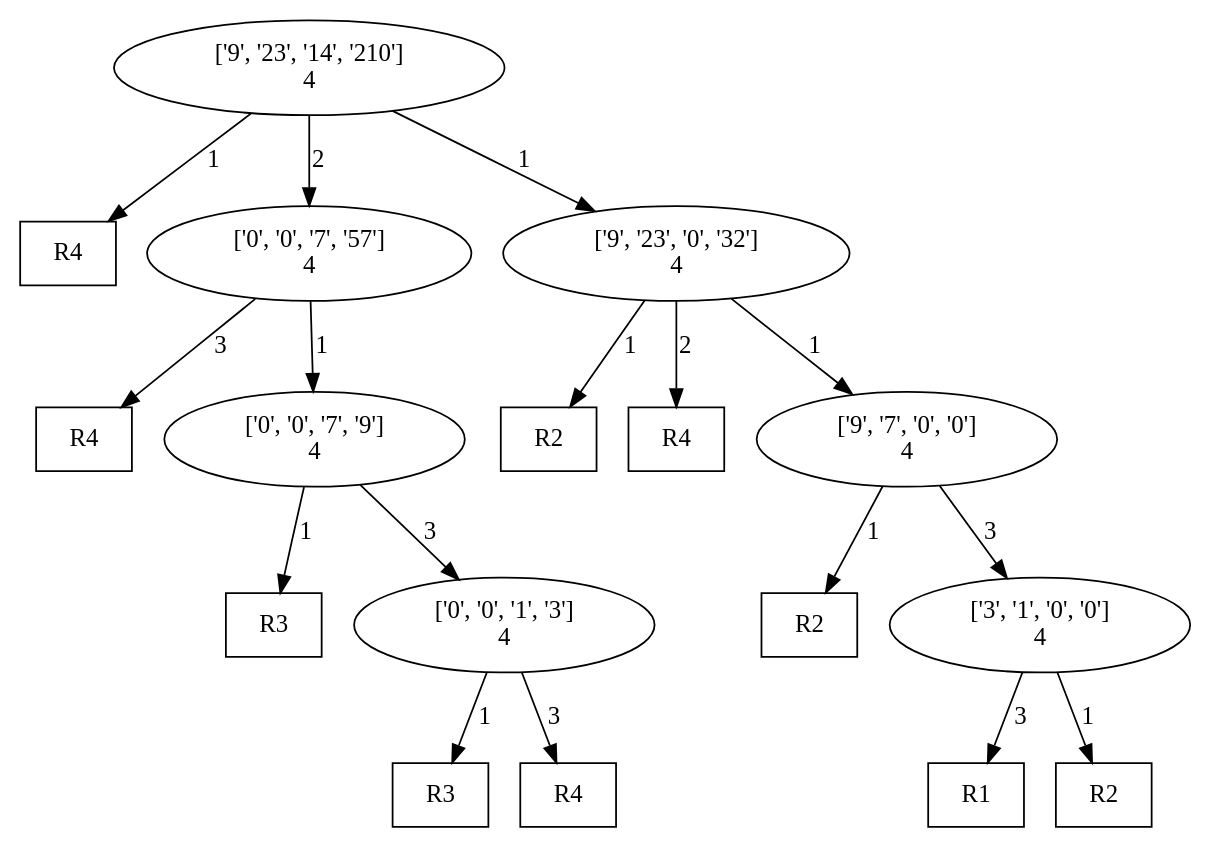
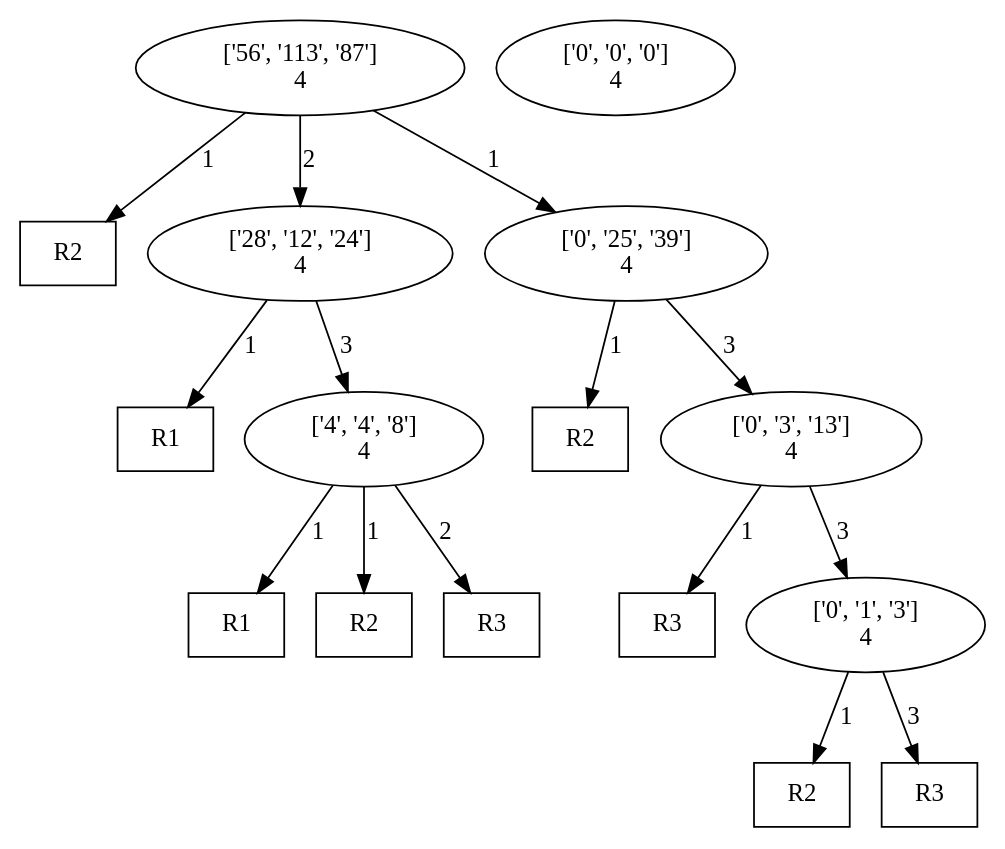
One commit to AbhikKhan/FloSPA_HDA_LAFCA changed the diagram in skeletonTreeAfterAnnotation.dot. Above: the diagram before and after it, drawn with Graphviz. The commit also changed 356 other files, not shown here.

```diff
--- a/skeletonTreeAfterAnnotation.dot
+++ b/skeletonTreeAfterAnnotation.dot
@@ -1,26 +1,24 @@
 digraph "DD" { 
 graph [ ordering = "out"];
-1 [label = "['9', '23', '14', '210']\n4"];
-5000 [shape="box",label = "R4"];
-1 -> 5000[label =1];2 [label = "['0', '0', '7', '57']\n4"];
-5001 [shape="box",label = "R4"];
-2 -> 5001[label =3];3 [label = "['9', '23', '0', '32']\n4"];
+1 [label = "['56', '113', '87']\n4"];
+5000 [shape="box",label = "R2"];
+1 -> 5000[label =1];2 [label = "['28', '12', '24']\n4"];
+5001 [shape="box",label = "R1"];
+2 -> 5001[label =1];3 [label = "['0', '25', '39']\n4"];
 5002 [shape="box",label = "R2"];
-3 -> 5002[label =1];5003 [shape="box",label = "R4"];
-3 -> 5003[label =2];4 [label = "['0', '0', '7', '9']\n4"];
-5004 [shape="box",label = "R3"];
-4 -> 5004[label =1];5 [label = "['9', '7', '0', '0']\n4"];
-5005 [shape="box",label = "R2"];
-5 -> 5005[label =1];6 [label = "['0', '0', '1', '3']\n4"];
+3 -> 5002[label =1];4 [label = "['4', '4', '8']\n4"];
+5003 [shape="box",label = "R1"];
+4 -> 5003[label =1];5004 [shape="box",label = "R2"];
+4 -> 5004[label =1];5005 [shape="box",label = "R3"];
+4 -> 5005[label =2];5 [label = "['0', '3', '13']\n4"];
 5006 [shape="box",label = "R3"];
-6 -> 5006[label =1];5007 [shape="box",label = "R4"];
-6 -> 5007[label =3];7 [label = "['3', '1', '0', '0']\n4"];
-5008 [shape="box",label = "R1"];
-7 -> 5008[label =3];5009 [shape="box",label = "R2"];
-7 -> 5009[label =1];1 -> 2[label = 2];
+5 -> 5006[label =1];6 [label = "['0', '0', '0']\n4"];
+7 [label = "['0', '1', '3']\n4"];
+5007 [shape="box",label = "R2"];
+7 -> 5007[label =1];5008 [shape="box",label = "R3"];
+7 -> 5008[label =3];1 -> 2[label = 2];
 1 -> 3[label = 1];
-2 -> 4[label = 1];
-3 -> 5[label = 1];
-4 -> 6[label = 3];
+2 -> 4[label = 3];
+3 -> 5[label = 3];
 5 -> 7[label = 3];
 }
```
